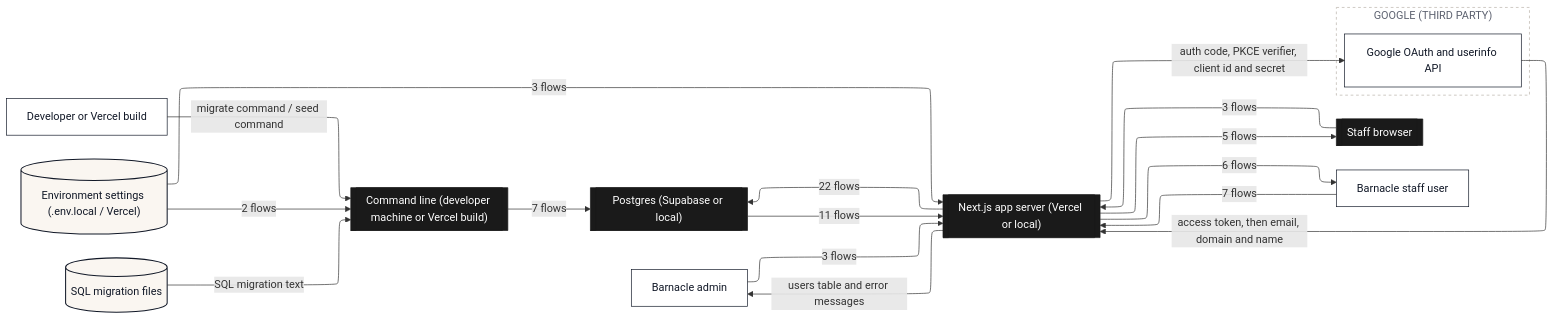
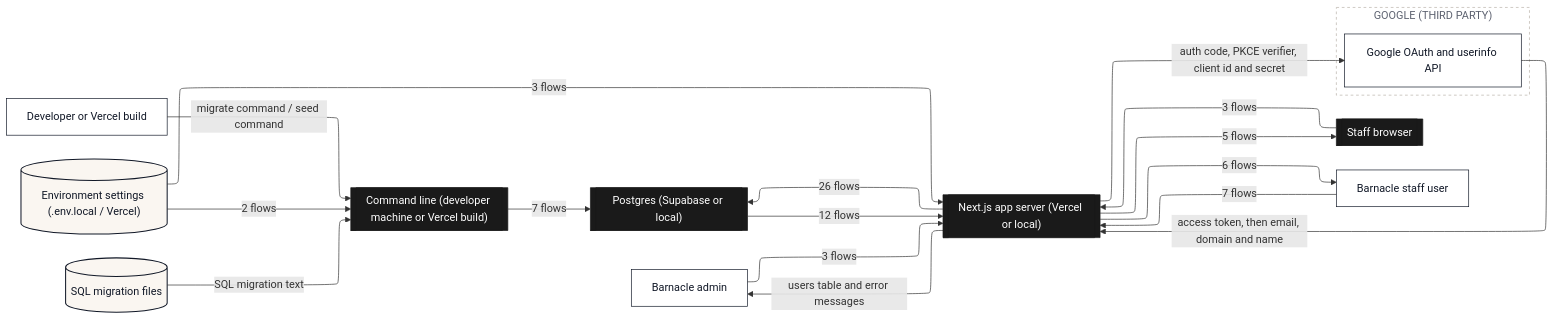
Before and after one commit to Romain-Perche/Barnacle-Pipe: the second of 10 diagrams in dataflow/DATAFLOW.md, drawn with Mermaid. The commit also changed other lines of this file and 10 other files, not shown here.

````diff
--- a/dataflow/DATAFLOW.md
+++ b/dataflow/DATAFLOW.md
@@ -85,44 +90,44 @@
 ```mermaid
 ---
 config:
   layout: elk
 ---
 flowchart LR
     n1[["Next.js app server (Vercel or local)"]]
     n2[["Staff browser"]]
     n3[["Command line (developer machine or Vercel build)"]]
     n4[["Postgres (Supabase or local)"]]
     n5["Barnacle admin"]
     n6["Developer or Vercel build"]
     n7[("Environment settings (.env.local / Vercel)")]
     n8[("SQL migration files")]
     n9["Barnacle staff user"]
     subgraph z1["GOOGLE (THIRD PARTY)"]
         n10["Google OAuth and userinfo API"]
     end
     n5 -->|"3 flows"| n1
     n1 -->|"6 flows"| n9
     n2 -->|"3 flows"| n1
-    n1 -->|"22 flows"| n4
-    n4 -->|"11 flows"| n1
+    n1 -->|"26 flows"| n4
+    n4 -->|"12 flows"| n1
     n6 -->|"migrate command / seed command"| n3
     n7 -->|"3 flows"| n1
     n7 -->|"2 flows"| n3
     n1 -->|"5 flows"| n2
     n1 -->|"auth code, PKCE verifier, client id and secret"| n10
     n10 -->|"access token, then email, domain and name"| n1
     n3 -->|"7 flows"| n4
     n8 -->|"SQL migration text"| n3
     n9 -->|"7 flows"| n1
     n1 -->|"users table and error messages"| n5
     classDef actor fill:#FFFFFF,stroke:#111827,stroke-width:1px,color:#111827
     classDef process fill:#EDEAFF,stroke:#2B00FF,stroke-width:1.5px,color:#111827
     classDef store fill:#FAF6F1,stroke:#111827,stroke-width:1.5px,color:#111827
     classDef zone fill:#1A1A1A,stroke:#1A1A1A,color:#FFFFFF
     classDef group fill:#2B00FF,stroke:#2B00FF,color:#FFFFFF
     classDef stub fill:#FFFFFF,stroke:#2B00FF,stroke-width:1.5px,stroke-dasharray:5 4,color:#2B00FF
     class n5,n6,n9,n10 actor
     class n7,n8 store
     class n1,n2,n3,n4 zone
     style z1 fill:#FFFFFF,stroke:#B9B2A8,stroke-dasharray:4 4,color:#5D6270
 ```
````
